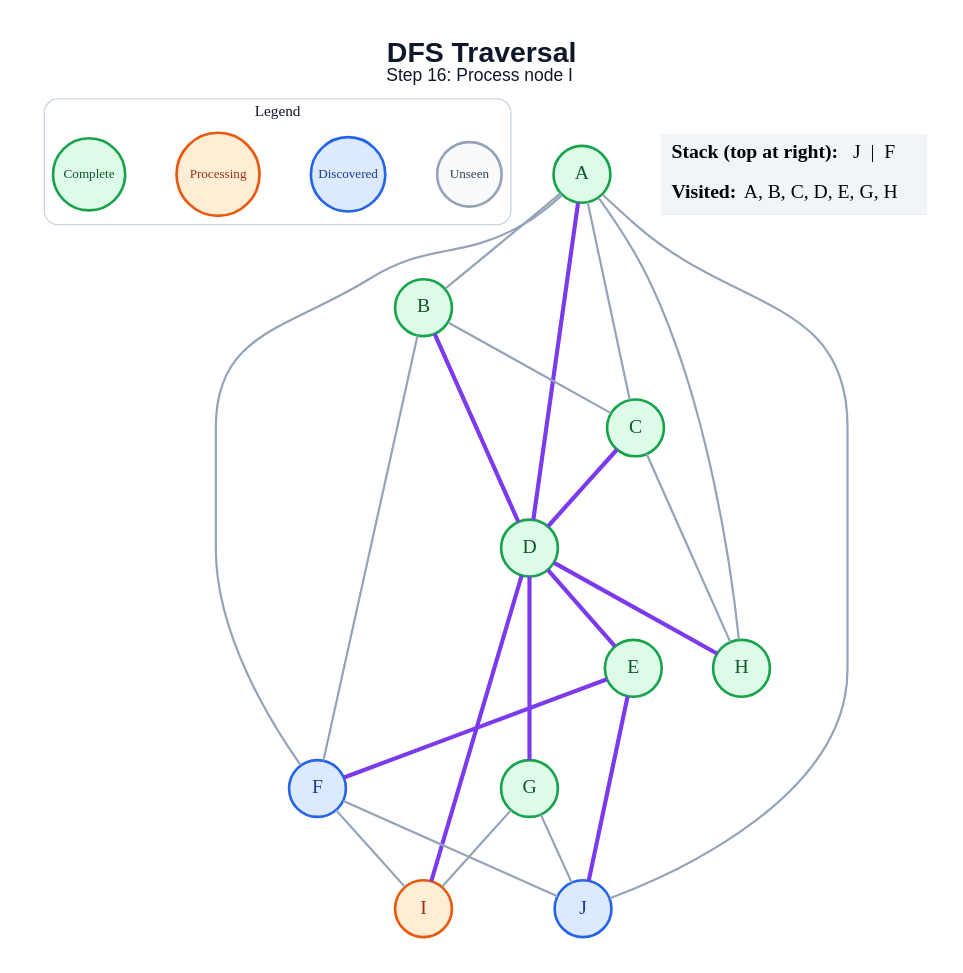
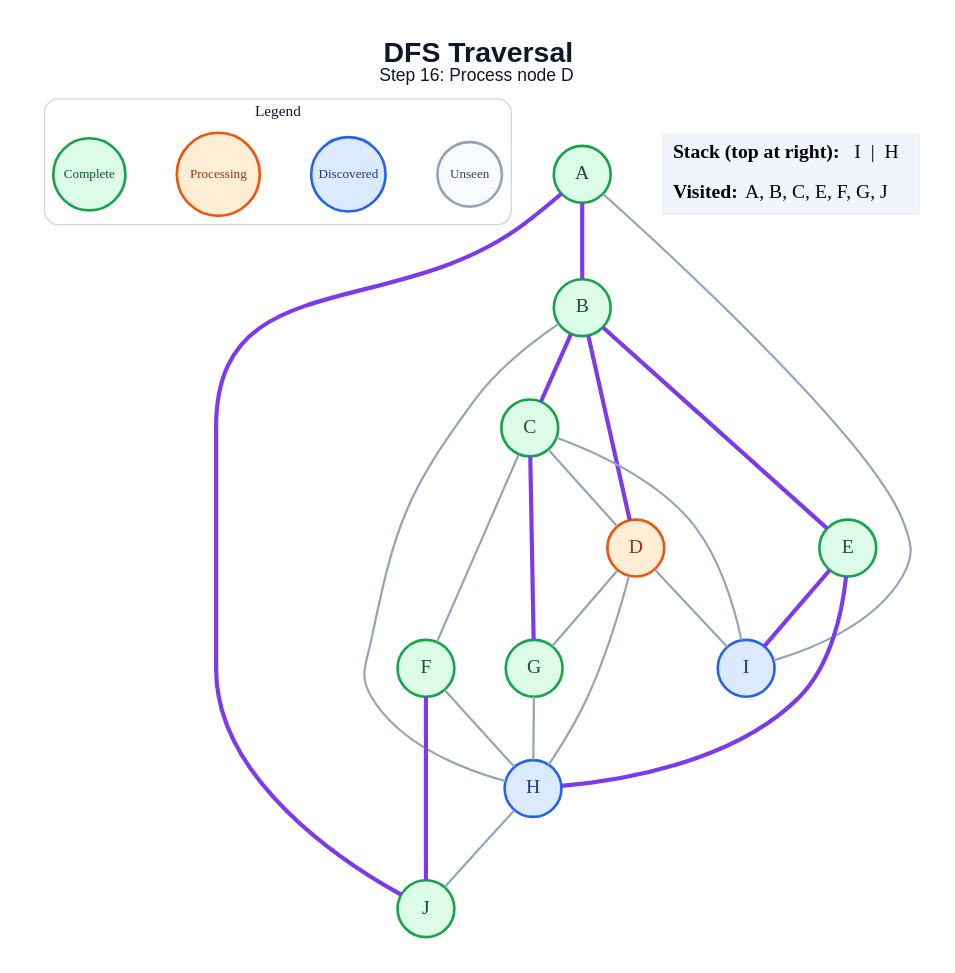
Before and after one commit to amanghodawala9/ai-slop: the diagram in generated/specific-node/dfs/step_16.dot, drawn with Graphviz. The commit also changed 178 other files, not shown here.

```diff
--- a/generated/specific-node/dfs/step_16.dot
+++ b/generated/specific-node/dfs/step_16.dot
@@ -1,50 +1,49 @@
 graph traversal {
   graph [layout=dot, rankdir=TB, bgcolor="#FFFFFF", pad="0.35", nodesep="0.65", ranksep="0.8", fontname="Arial"];
   node [shape=circle, style="filled", fontname="Arial Bold", fontsize=18, width=0.72, fixedsize=true, penwidth=2.4];
   edge [color="#94A3B8", penwidth=2.0];
-  label=<<B>DFS Traversal</B><BR/><FONT POINT-SIZE="16">Step 16: Process node I</FONT>>; labelloc="t"; fontsize=26; fontname="Arial"; fontcolor="#0F172A";
+  label=<<B>DFS Traversal</B><BR/><FONT POINT-SIZE="16">Step 16: Process node D</FONT>>; labelloc="t"; fontsize=26; fontname="Arial"; fontcolor="#0F172A";
   subgraph cluster_legend { label="Legend"; color="#CBD5E1"; penwidth=1.2; style="rounded"; fontsize=14; fontname="Arial Bold";
     key_unseen [label="Unseen", fillcolor="#F8FAFC", color="#94A3B8", fontcolor="#334155", fontsize=12, width=0.82];
     key_frontier [label="Discovered", fillcolor="#DBEAFE", color="#2563EB", fontcolor="#1E3A8A", fontsize=12, width=0.95];
     key_current [label="Processing", fillcolor="#FFEDD5", color="#EA580C", fontcolor="#9A3412", fontsize=12, width=1.05];
     key_done [label="Complete", fillcolor="#DCFCE7", color="#16A34A", fontcolor="#14532D", fontsize=12, width=0.92];
     { rank=same; key_unseen; key_frontier; key_current; key_done; }
   }
   A [fillcolor="#DCFCE7", color="#16A34A", fontcolor="#14532D"];
   B [fillcolor="#DCFCE7", color="#16A34A", fontcolor="#14532D"];
   C [fillcolor="#DCFCE7", color="#16A34A", fontcolor="#14532D"];
-  D [fillcolor="#DCFCE7", color="#16A34A", fontcolor="#14532D"];
+  D [fillcolor="#FFEDD5", color="#EA580C", fontcolor="#9A3412"];
   E [fillcolor="#DCFCE7", color="#16A34A", fontcolor="#14532D"];
-  F [fillcolor="#DBEAFE", color="#2563EB", fontcolor="#1E3A8A"];
+  F [fillcolor="#DCFCE7", color="#16A34A", fontcolor="#14532D"];
   G [fillcolor="#DCFCE7", color="#16A34A", fontcolor="#14532D"];
-  H [fillcolor="#DCFCE7", color="#16A34A", fontcolor="#14532D"];
-  I [fillcolor="#FFEDD5", color="#EA580C", fontcolor="#9A3412"];
-  J [fillcolor="#DBEAFE", color="#2563EB", fontcolor="#1E3A8A"];
-  A -- B;
-  A -- C;
-  A -- D [color="#7C3AED", penwidth=3.8];
-  A -- F;
-  A -- H;
-  A -- J;
-  B -- C;
+  H [fillcolor="#DBEAFE", color="#2563EB", fontcolor="#1E3A8A"];
+  I [fillcolor="#DBEAFE", color="#2563EB", fontcolor="#1E3A8A"];
+  J [fillcolor="#DCFCE7", color="#16A34A", fontcolor="#14532D"];
+  A -- B [color="#7C3AED", penwidth=3.8];
+  A -- I;
+  A -- J [color="#7C3AED", penwidth=3.8];
+  B -- C [color="#7C3AED", penwidth=3.8];
   B -- D [color="#7C3AED", penwidth=3.8];
-  B -- F;
-  C -- D [color="#7C3AED", penwidth=3.8];
-  C -- H;
-  D -- E [color="#7C3AED", penwidth=3.8];
-  D -- G [color="#7C3AED", penwidth=3.8];
-  D -- H [color="#7C3AED", penwidth=3.8];
-  D -- I [color="#7C3AED", penwidth=3.8];
-  E -- F [color="#7C3AED", penwidth=3.8];
-  E -- J [color="#7C3AED", penwidth=3.8];
-  F -- I;
-  F -- J;
-  G -- I;
-  G -- J;
+  B -- E [color="#7C3AED", penwidth=3.8];
+  B -- H;
+  C -- D;
+  C -- F;
+  C -- G [color="#7C3AED", penwidth=3.8];
+  C -- I;
+  D -- G;
+  D -- H;
+  D -- I;
+  E -- H [color="#7C3AED", penwidth=3.8];
+  E -- I [color="#7C3AED", penwidth=3.8];
+  F -- H;
+  F -- J [color="#7C3AED", penwidth=3.8];
+  G -- H;
+  H -- J;
   status [shape=plain, fixedsize=false, width=0, height=0, margin=0, label=<
     <TABLE BORDER="0" CELLBORDER="0" CELLPADDING="7" BGCOLOR="#F1F5F9">
-      <TR><TD ALIGN="LEFT"><B>Stack (top at right):</B> J  |  F</TD></TR>
-      <TR><TD ALIGN="LEFT"><B>Visited:</B> A, B, C, D, E, G, H</TD></TR>
+      <TR><TD ALIGN="LEFT"><B>Stack (top at right):</B> I  |  H</TD></TR>
+      <TR><TD ALIGN="LEFT"><B>Visited:</B> A, B, C, E, F, G, J</TD></TR>
     </TABLE>
   >];
 }
```
